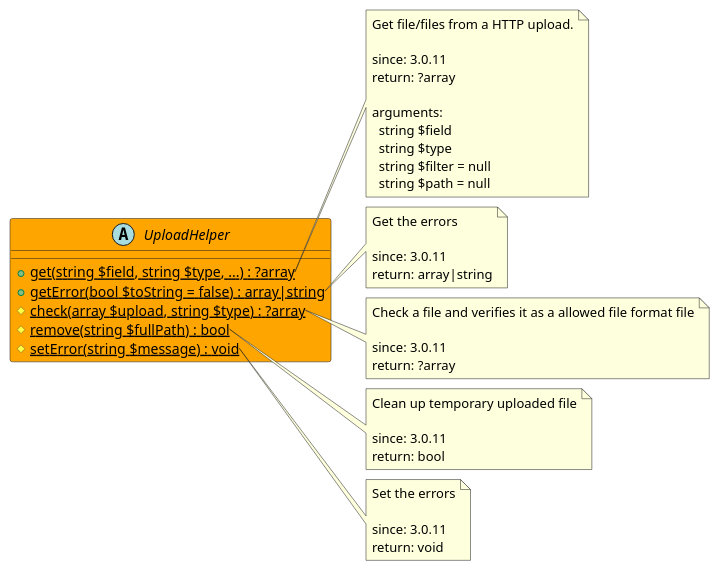
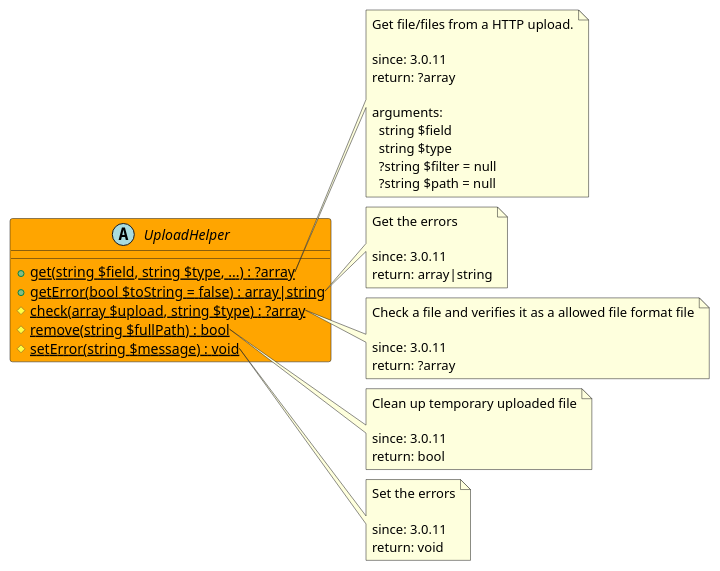
The diagram in src/d7600b43-771a-4747-9f5d-952765721799/README.md (joomengine/super-powers), drawn with PlantUML before and after one commit. The commit also changed 19 other files, not shown here.

````diff
--- a/src/d7600b43-771a-4747-9f5d-952765721799/README.md
+++ b/src/d7600b43-771a-4747-9f5d-952765721799/README.md
@@ -5,54 +5,54 @@
 ```uml
 @startuml
 
 abstract UploadHelper  #Orange {
   + {static} get(string $field, string $type, ...) : ?array
   + {static} getError(bool $toString = false) : array|string
   # {static} check(array $upload, string $type) : ?array
   # {static} remove(string $fullPath) : bool
   # {static} setError(string $message) : void
 }
 
 note right of UploadHelper::get
   Get file/files from a HTTP upload.
 
   since: 3.0.11
   return: ?array
   
   arguments:
     string $field
     string $type
-    string $filter = null
-    string $path = null
+    ?string $filter = null
+    ?string $path = null
 end note
 
 note right of UploadHelper::getError
   Get the errors
 
   since: 3.0.11
   return: array|string
 end note
 
 note right of UploadHelper::check
   Check a file and verifies it as a allowed file format file
 
   since: 3.0.11
   return: ?array
 end note
 
 note right of UploadHelper::remove
   Clean up temporary uploaded file
 
   since: 3.0.11
   return: bool
 end note
 
 note right of UploadHelper::setError
   Set the errors
 
   since: 3.0.11
   return: void
 end note
 
 @enduml
 ```
````
